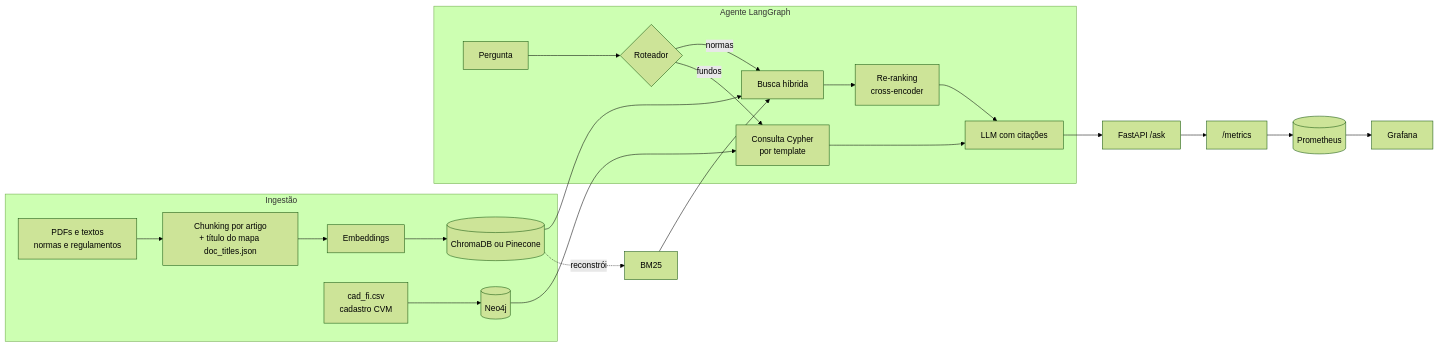
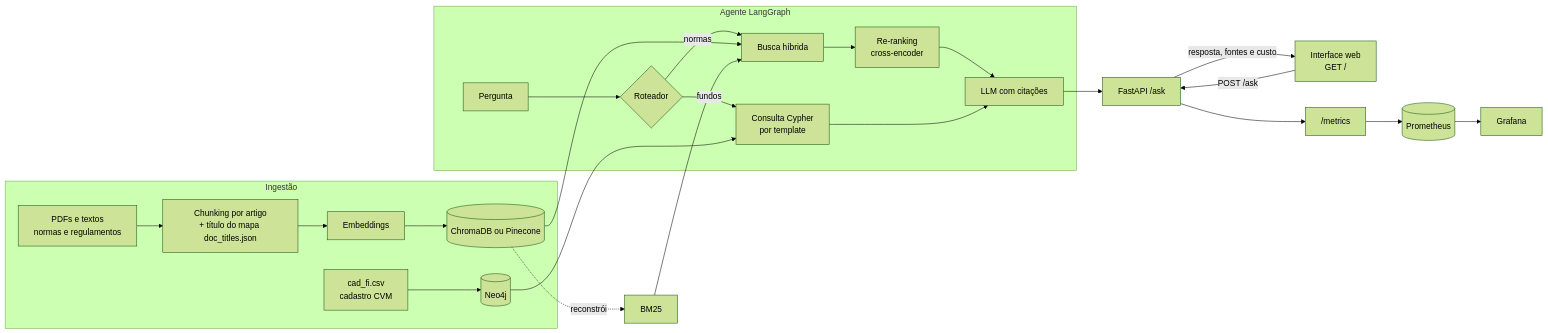
The diagram in README.md (AbnerRidigolo/finrag-cvm), drawn with Mermaid (forest theme) before and after one commit. The commit also changed other lines of this file, not shown here.

First line of the commit message:
docs: seção Interface no README e página no diagrama de arquitetura

````diff
--- a/README.md
+++ b/README.md
@@ -13,25 +13,27 @@
 ```mermaid
 flowchart LR
     subgraph Ingestão
         D[PDFs e textos<br/>normas e regulamentos] --> C[Chunking por artigo<br/>+ título do mapa doc_titles.json]
         C --> E[Embeddings]
         E --> V[(ChromaDB ou Pinecone)]
         CSV[cad_fi.csv<br/>cadastro CVM] --> G[(Neo4j)]
     end
 
     subgraph Agente LangGraph
         Q[Pergunta] --> R{Roteador}
         R -- normas --> H[Busca híbrida]
         R -- fundos --> T[Consulta Cypher<br/>por template]
         H --> RR[Re-ranking<br/>cross-encoder]
         RR --> L[LLM com citações]
         T --> L
     end
 
     V --> H
     V -. reconstrói .-> B[BM25]
     B --> H
     G --> T
     L --> API[FastAPI /ask]
+    UI[Interface web<br/>GET /] -- POST /ask --> API
+    API -- resposta, fontes e custo --> UI
     API --> M["/metrics"] --> P[(Prometheus)] --> GF[Grafana]
 ```
````
